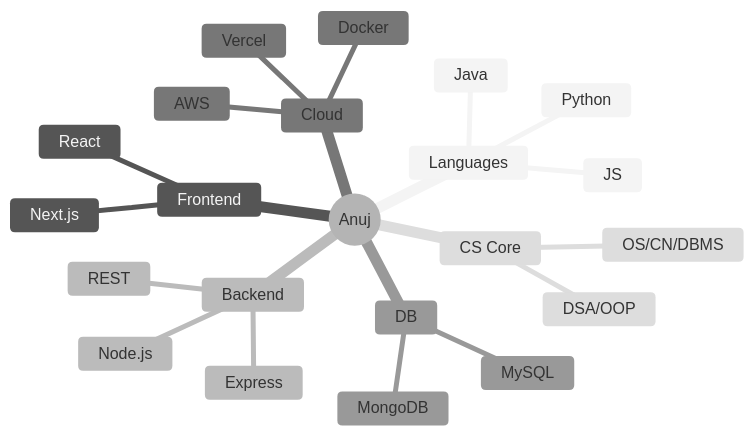
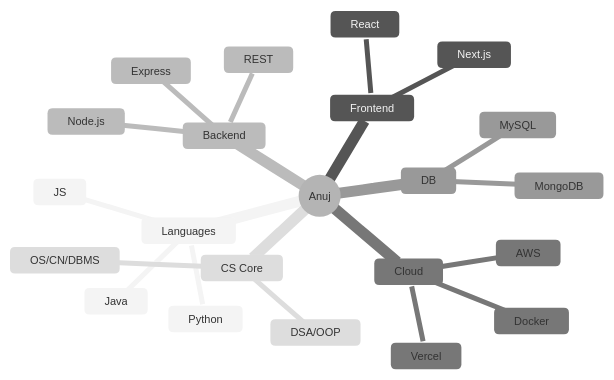
The first of 2 diagrams in README.md (Anuj-er/Anuj-er), drawn with Mermaid before and after one commit. The commit also changed other lines of this file, not shown here.

Commit message:
fix: compact mermaid diagrams with smaller font size

````diff
--- a/README.md
+++ b/README.md
@@ -65,26 +61,26 @@
 ```mermaid
-%%{init: {'theme': 'neutral'}}%%
+%%{init: {'theme': 'neutral', 'themeVariables': {'fontSize': '11px'}}}%%
 mindmap
   root((Anuj))
     Languages
       Java
       Python
       JS
     Frontend
       React
       Next.js
     Backend
       Node.js
       Express
       REST
     Cloud
       AWS
       Docker
       Vercel
     DB
       MongoDB
       MySQL
     CS Core
       DSA/OOP
       OS/CN/DBMS
 ```
````
